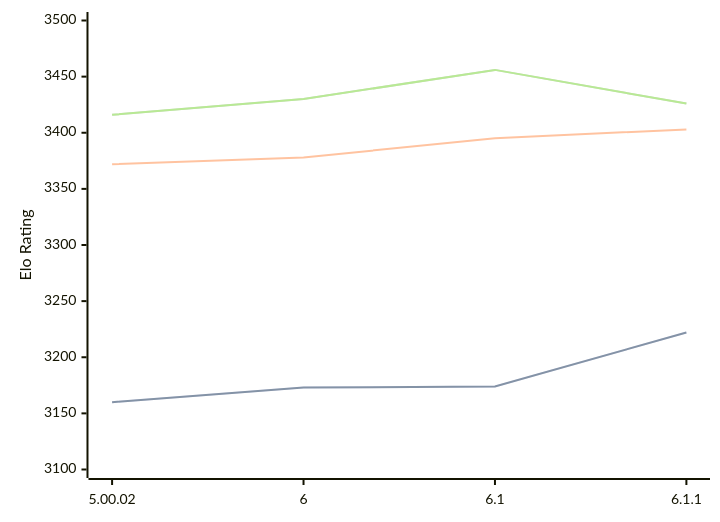
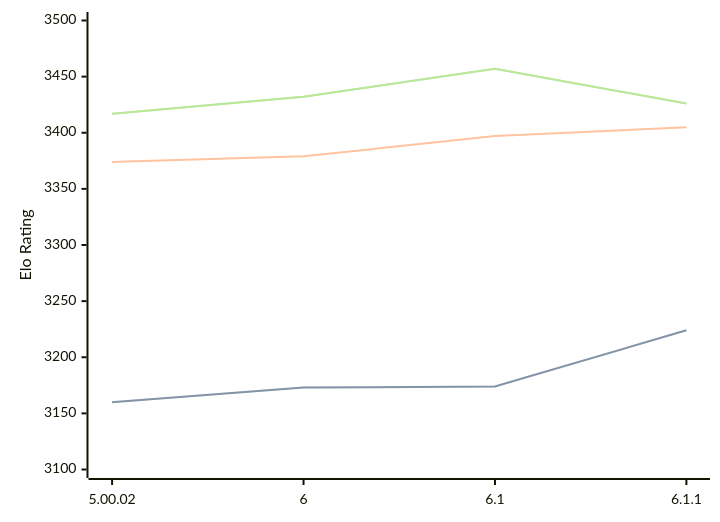
One commit to computer-chess-index/cci changed the diagram in engines/Zangdar.md. Above: the diagram before and after it, drawn with Mermaid. The commit also changed other lines of this file, not shown here.

Commit message:
Update CCI Ratings (ELO VLTC) - 2026-04-07

````diff
--- a/engines/Zangdar.md
+++ b/engines/Zangdar.md
@@ -46,11 +46,11 @@
 ```mermaid
 %%{init: {"theme":"base","themeVariables":{"seriesColors:['#a3a3a3','#222221','#faa371']}}}%%
 xychart-beta
   x-axis ["5.00.02", "6", "6.1", "6.1.1"]
   y-axis "Elo Rating" 3100 --> 3500
-  line "STC (8.0+0.08s)" [3160, 3173, 3174, 3222]
-  line "STC (8.0+0.08s)" [3160, 3173, 3174, 3222]
-  line "LTC (60.0+0.60s)" [3372, 3378, 3395, 3403]
-  line "VLTC (2m24s+1.12s)" [3416, 3430, 3456, 3426]
-  line "VLTC (2m24s+1.12s)" [3416, 3430, 3456, 3426]
+  line "STC (8.0+0.08s)" [3160, 3173, 3174, 3224]
+  line "STC (8.0+0.08s)" [3160, 3173, 3174, 3224]
+  line "LTC (60.0+0.60s)" [3374, 3379, 3397, 3405]
+  line "VLTC (2m24s+1.12s)" [3417, 3432, 3457, 3426]
+  line "VLTC (2m24s+1.12s)" [3417, 3432, 3457, 3426]
 ```
````
